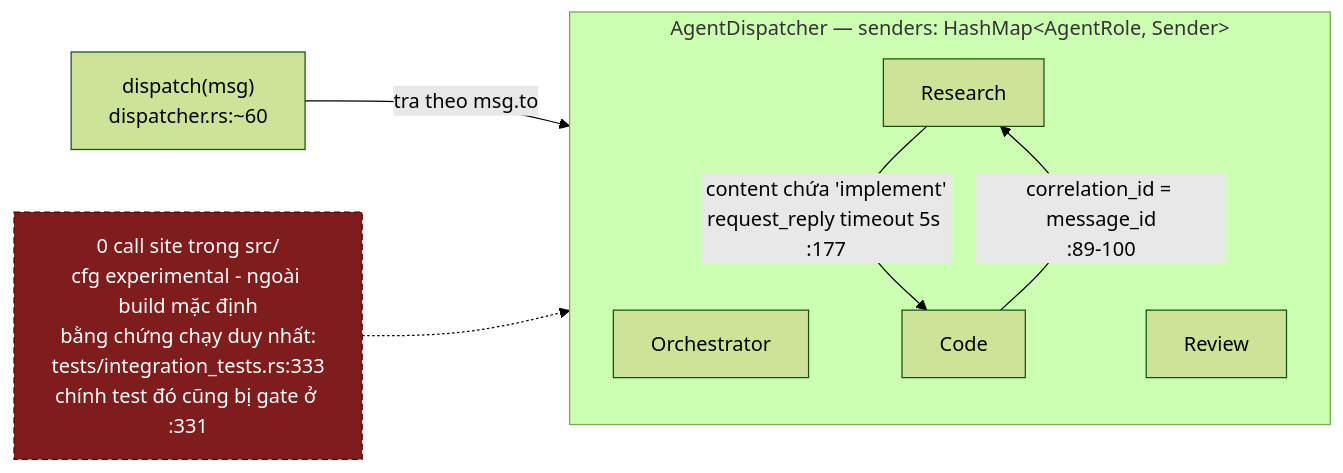
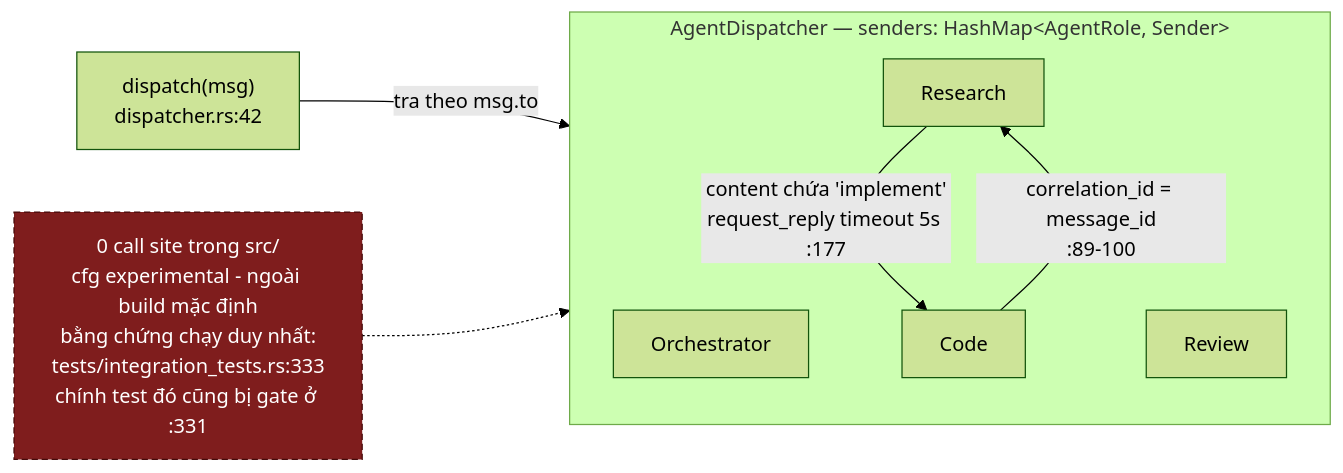
Before and after one commit to DuongNAD/LIVA: the fourth of 5 diagrams in docs/01-ban-ve/05-agent-bo-nho-va-tien-hoa.md, drawn with Mermaid (forest theme). The commit also changed other lines of this file and 11 other files, not shown here.

````diff
--- a/docs/01-ban-ve/05-agent-bo-nho-va-tien-hoa.md
+++ b/docs/01-ban-ve/05-agent-bo-nho-va-tien-hoa.md
@@ -574,14 +617,14 @@
 ```mermaid
 flowchart LR
     subgraph D["AgentDispatcher — senders: HashMap&lt;AgentRole, Sender&gt;"]
         RO["Orchestrator"]
         RE["Research"]
         CO["Code"]
         RV["Review"]
     end
-    IN["dispatch(msg)<br/>dispatcher.rs:~60"] -->|"tra theo msg.to"| D
+    IN["dispatch(msg)<br/>dispatcher.rs:42"] -->|"tra theo msg.to"| D
     RE -->|"content chứa 'implement'<br/>request_reply timeout 5s :177"| CO
     CO -->|"correlation_id = message_id<br/>:89-100"| RE
     NOTE["0 call site trong src/<br/>cfg experimental - ngoài build mặc định<br/>bằng chứng chạy duy nhất:<br/>tests/integration_tests.rs:333<br/>chính test đó cũng bị gate ở :331"]:::dead -.-> D
     classDef dead fill:#7f1d1d,stroke:#450a0a,color:#ffffff,stroke-dasharray: 5 3
 ```
````
